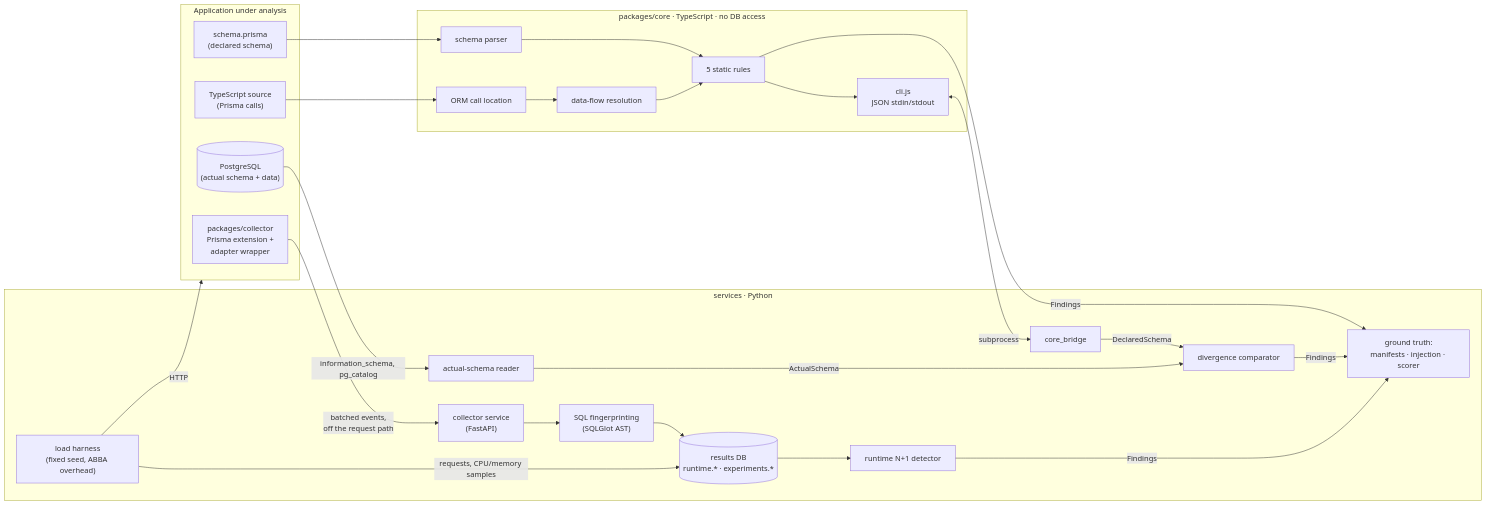
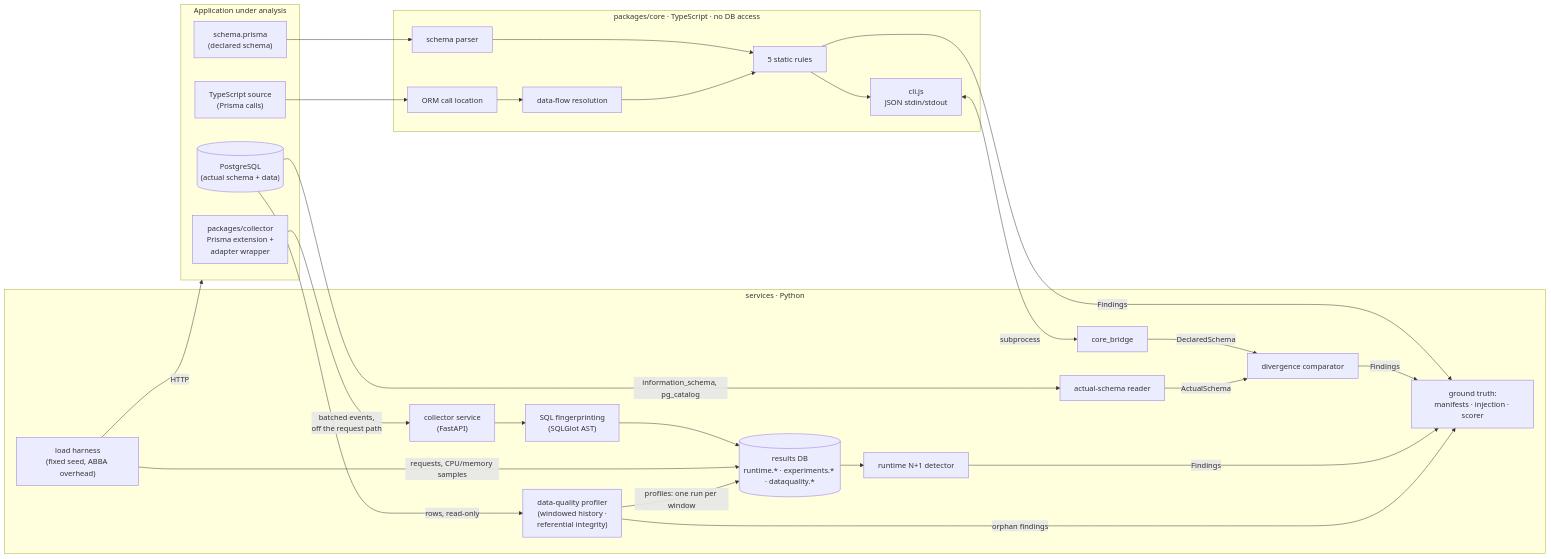
One commit to qridwan/DBInsights changed the diagram in README.md. Above: the diagram before and after it, drawn with Mermaid. The commit also changed other lines of this file and 10 other files, not shown here.

First line of the commit message:
Implement data quality profiling and integrity checks

````diff
--- a/README.md
+++ b/README.md
@@ -29,42 +30,45 @@
 ```mermaid
 flowchart LR
   subgraph App["Application under analysis"]
     SRC["TypeScript source<br/>(Prisma calls)"]
     DECL["schema.prisma<br/>(declared schema)"]
     DB[("PostgreSQL<br/>(actual schema + data)")]
     COL["packages/collector<br/>Prisma extension +<br/>adapter wrapper"]
   end
 
   subgraph Core["packages/core · TypeScript · no DB access"]
     PARSE["schema parser"]
     LOC["ORM call location"]
     FLOW["data-flow resolution"]
     RULES["5 static rules"]
     CLI["cli.js<br/>JSON stdin/stdout"]
   end
 
   subgraph Services["services · Python"]
     BRIDGE["core_bridge"]
     ACT["actual-schema reader"]
     DIV["divergence comparator"]
     GT["ground truth:<br/>manifests · injection · scorer"]
     API["collector service<br/>(FastAPI)"]
     FP["SQL fingerprinting<br/>(SQLGlot AST)"]
-    RES[("results DB<br/>runtime.* · experiments.*")]
+    RES[("results DB<br/>runtime.* · experiments.* · dataquality.*")]
+    DQ["data-quality profiler<br/>(windowed history ·<br/>referential integrity)"]
     RT["runtime N+1 detector"]
     LOAD["load harness<br/>(fixed seed, ABBA overhead)"]
   end
 
   DECL --> PARSE --> RULES
   SRC --> LOC --> FLOW --> RULES
   RULES --> CLI
   CLI <-->|subprocess| BRIDGE
   BRIDGE -->|DeclaredSchema| DIV
   DB -->|information_schema, pg_catalog| ACT -->|ActualSchema| DIV
   RULES -->|Findings| GT
   DIV -->|Findings| GT
   COL -->|batched events,<br/>off the request path| API --> FP --> RES
   LOAD -->|HTTP| App
   LOAD -->|requests, CPU/memory samples| RES
   RES --> RT -->|Findings| GT
+  DB -->|rows, read-only| DQ -->|profiles: one run per window| RES
+  DQ -->|orphan findings| GT
 ```
````
